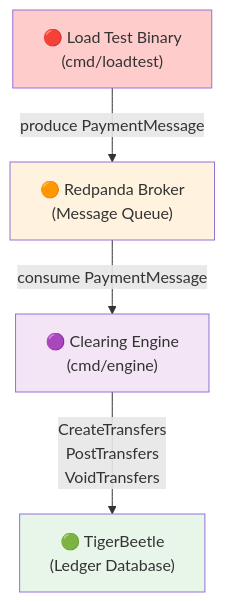
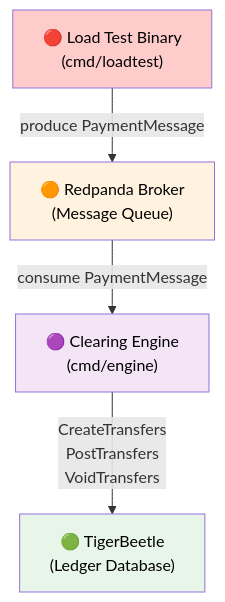
One commit to evertonstz/TigerbeetleMiniPIX changed the first of 19 diagrams in ARCHITECTURE.md. Above: the diagram before and after it, drawn with Mermaid. The commit also changed other lines of this file, not shown here.

Commit message:
docs: improve Mermaid diagram text readability with dark text colors

````diff
--- a/ARCHITECTURE.md
+++ b/ARCHITECTURE.md
@@ -35,16 +35,16 @@
 ```mermaid
 graph TB
     LoadTest["🔴 Load Test Binary<br/>(cmd/loadtest)"]
     Redpanda["🟠 Redpanda Broker<br/>(Message Queue)"]
     Clearing["🟣 Clearing Engine<br/>(cmd/engine)"]
     TigerBeetle["🟢 TigerBeetle<br/>(Ledger Database)"]
     
     LoadTest -->|produce PaymentMessage| Redpanda
     Redpanda -->|consume PaymentMessage| Clearing
     Clearing -->|CreateTransfers<br/>PostTransfers<br/>VoidTransfers| TigerBeetle
     
-    style LoadTest fill:#ffcccc
-    style Redpanda fill:#fff3e0
-    style Clearing fill:#f3e5f5
-    style TigerBeetle fill:#e8f5e9
+    style LoadTest fill:#ffcccc,color:#000
+    style Redpanda fill:#fff3e0,color:#000
+    style Clearing fill:#f3e5f5,color:#000
+    style TigerBeetle fill:#e8f5e9,color:#000
 ```
````
